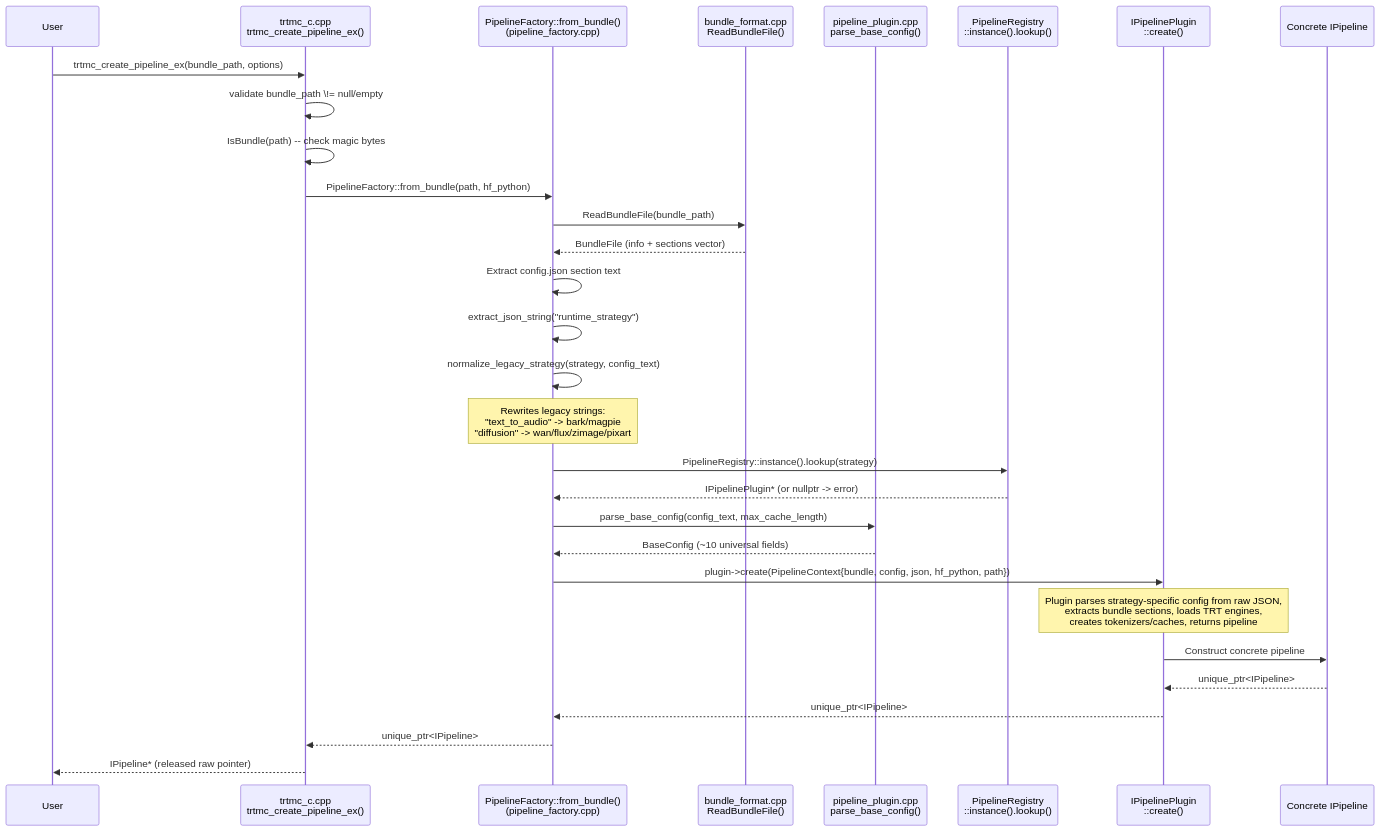
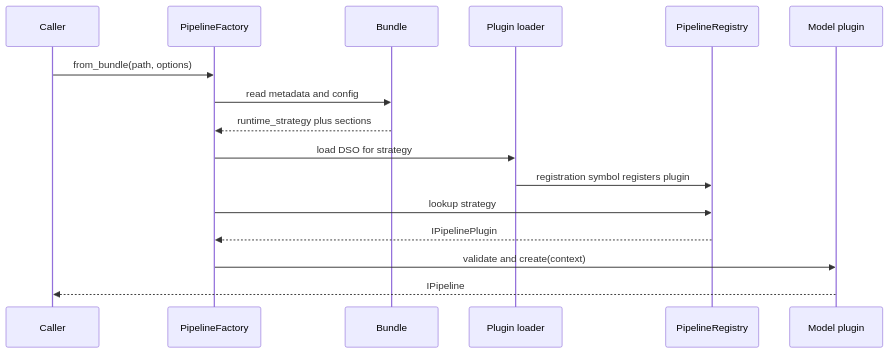
The second of 2 diagrams in website/docs/wiki/Dynamic-Design.md (NVIDIA/TensorRT-Model-Connect), drawn with Mermaid before and after one commit. The commit also changed other lines of this file and 104 other files, not shown here.

First line of the commit message:
docs: align documentation with current architecture

````diff
--- a/website/docs/wiki/Dynamic-Design.md
+++ b/website/docs/wiki/Dynamic-Design.md
@@ -90,33 +32,19 @@
 ```mermaid
 sequenceDiagram
-    participant User
-    participant CABI as trtmc_c.cpp<br/>trtmc_create_pipeline_ex()
-    participant Factory as PipelineFactory::from_bundle()<br/>(pipeline_factory.cpp)
-    participant Bundle as bundle_format.cpp<br/>ReadBundleFile()
-    participant Config as pipeline_plugin.cpp<br/>parse_base_config()
-    participant Registry as PipelineRegistry<br/>::instance().lookup()
-    participant Plugin as IPipelinePlugin<br/>::create()
-    participant Pipeline as Concrete IPipeline
+  participant Caller
+  participant Factory as PipelineFactory
+  participant Bundle
+  participant Loader as Plugin loader
+  participant Registry as PipelineRegistry
+  participant Plugin as Model plugin
 
-    User->>CABI: trtmc_create_pipeline_ex(bundle_path, options)
-    CABI->>CABI: validate bundle_path \!= null/empty
-    CABI->>CABI: IsBundle(path) -- check magic bytes
-    CABI->>Factory: PipelineFactory::from_bundle(path, hf_python)
-    Factory->>Bundle: ReadBundleFile(bundle_path)
-    Bundle-->>Factory: BundleFile (info + sections vector)
-    Factory->>Factory: Extract config.json section text
-    Factory->>Factory: extract_json_string("runtime_strategy")
-    Factory->>Factory: normalize_legacy_strategy(strategy, config_text)
-    Note over Factory: Rewrites legacy strings:<br/>"text_to_audio" -> bark/magpie<br/>"diffusion" -> wan/flux/zimage/pixart
-    Factory->>Registry: PipelineRegistry::instance().lookup(strategy)
-    Registry-->>Factory: IPipelinePlugin* (or nullptr -> error)
-    Factory->>Config: parse_base_config(config_text, max_cache_length)
-    Config-->>Factory: BaseConfig (~10 universal fields)
-    Factory->>Plugin: plugin->create(PipelineContext{bundle, config, json, hf_python, path})
-    Note over Plugin: Plugin parses strategy-specific config from raw JSON,<br/>extracts bundle sections, loads TRT engines,<br/>creates tokenizers/caches, returns pipeline
-    Plugin->>Pipeline: Construct concrete pipeline
-    Pipeline-->>Plugin: unique_ptr<IPipeline>
-    Plugin-->>Factory: unique_ptr<IPipeline>
-    Factory-->>CABI: unique_ptr<IPipeline>
-    CABI-->>User: IPipeline* (released raw pointer)
+  Caller->>Factory: from_bundle(path, options)
+  Factory->>Bundle: read metadata and config
+  Bundle-->>Factory: runtime_strategy plus sections
+  Factory->>Loader: load DSO for strategy
+  Loader->>Registry: registration symbol registers plugin
+  Factory->>Registry: lookup strategy
+  Registry-->>Factory: IPipelinePlugin
+  Factory->>Plugin: validate and create(context)
+  Plugin-->>Caller: IPipeline
 ```
````
